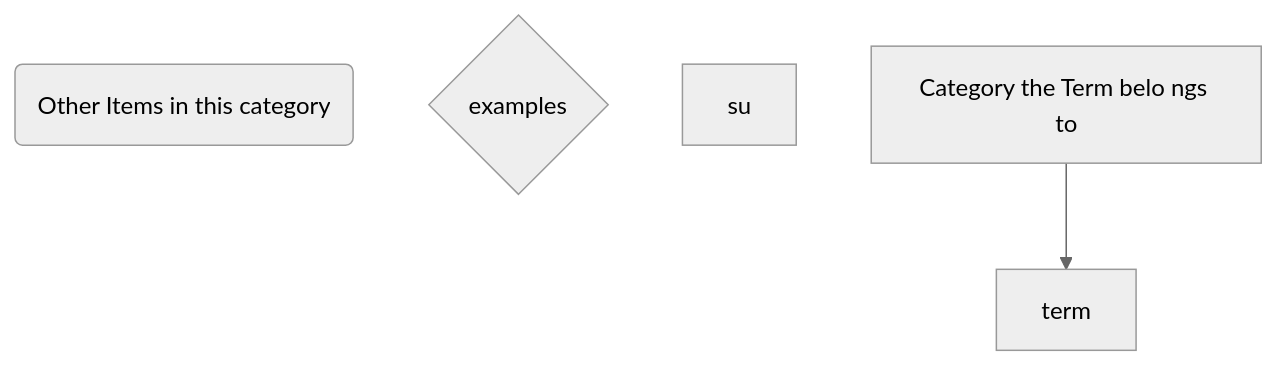
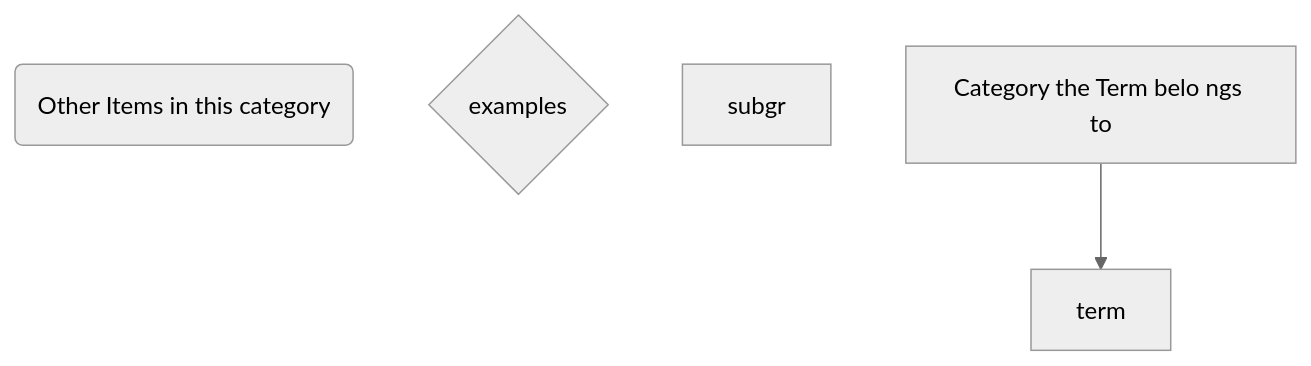
Before and after one commit to gerbssusd/dok: the diagram in slides.md, drawn with Mermaid (neutral theme).

````diff
--- a/slides.md
+++ b/slides.md
@@ -217,13 +217,13 @@
 ```mermaid
 flowchart TB
    A(Other Items in this category)
    D{examples}
-   su
+   subgr
    B[Category the Term belo ngs to] --> C[term]
 
 
 
 
 
 
 ```
````
